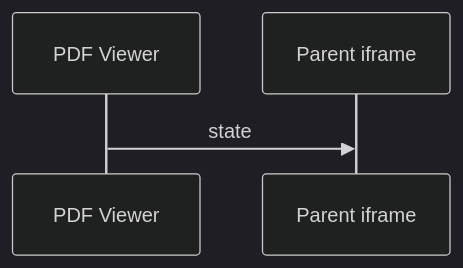
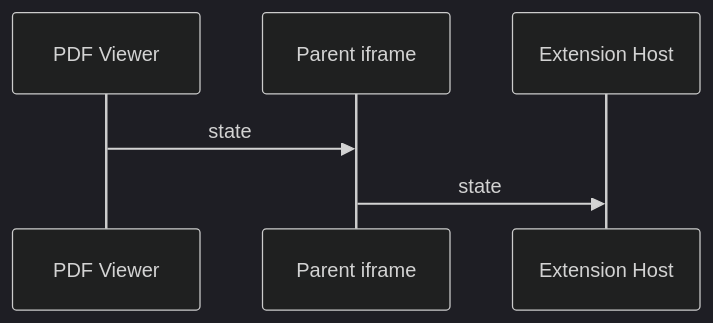
Before and after one commit to James-Yu/LaTeX-Workshop: the sixth of 7 diagrams in viewer/README.md, drawn with Mermaid (dark theme). The commit also changed other lines of this file, not shown here.

Commit message:
Edit diagrams [skip ci]

````diff
--- a/viewer/README.md
+++ b/viewer/README.md
@@ -148,6 +148,8 @@
 ```mermaid
 sequenceDiagram
   participant Viewer as PDF Viewer
   participant Iframe as Parent iframe
+  participant ExtensionHost as Extension Host
   Viewer->>Iframe: state
+  Iframe->>ExtensionHost: state
 ```
````
